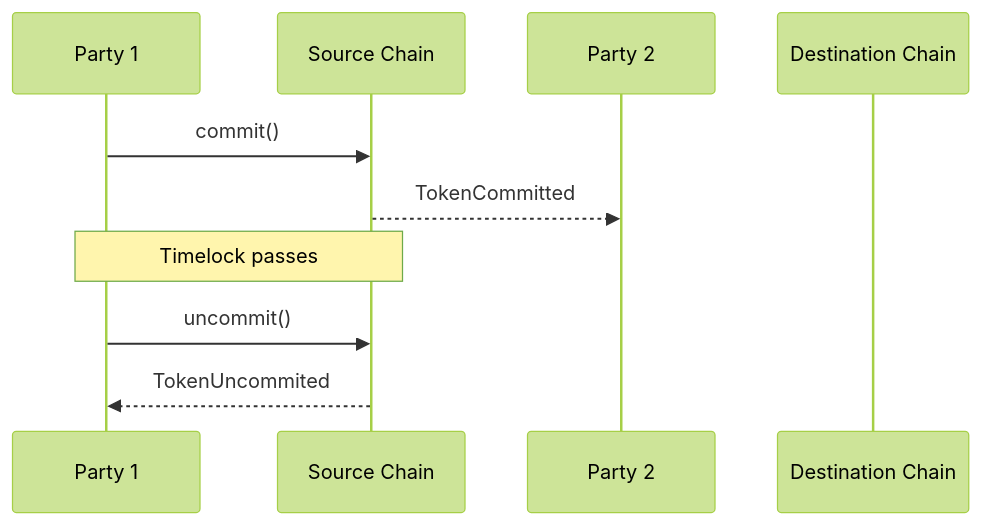
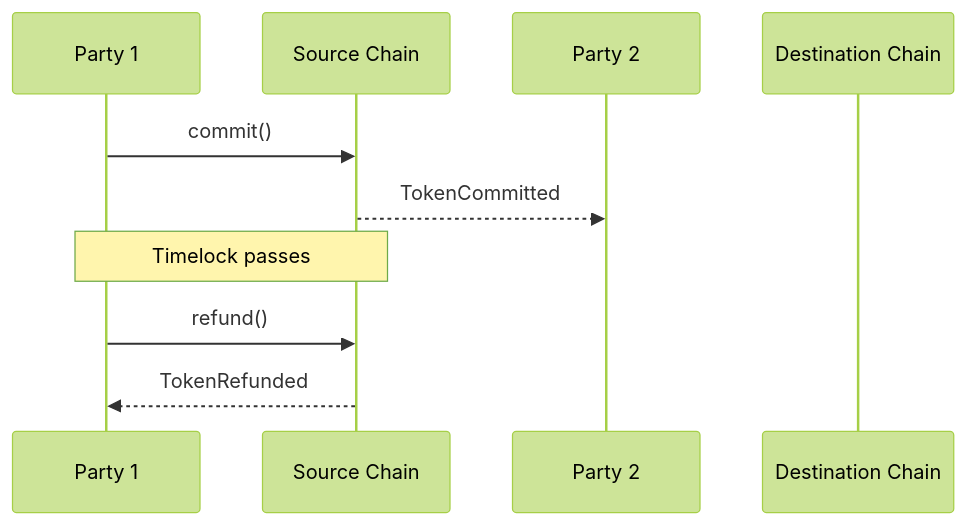
One commit to layerswap/layerswap-v8-docs changed the fourth of 4 diagrams in protocol-spec/edge-cases.mdx. Above: the diagram before and after it, drawn with Mermaid (forest theme). The commit also changed other lines of this file and 3 other files, not shown here.

````diff
--- a/protocol-spec/edge-cases.mdx
+++ b/protocol-spec/edge-cases.mdx
@@ -85,15 +85,15 @@
 ```mermaid
 sequenceDiagram
     participant P1 as Party 1
     participant SC as Source Chain
     participant P2 as Party 2
     participant DC as Destination Chain
 
 	
     P1->>SC: commit()
     SC-->>P2: TokenCommitted
     
     Note over P1,SC: Timelock passes
-    P1->>SC: uncommit()
-    SC-->>P1: TokenUncommited
+    P1->>SC: refund()
+    SC-->>P1: TokenRefunded
 ```
````
